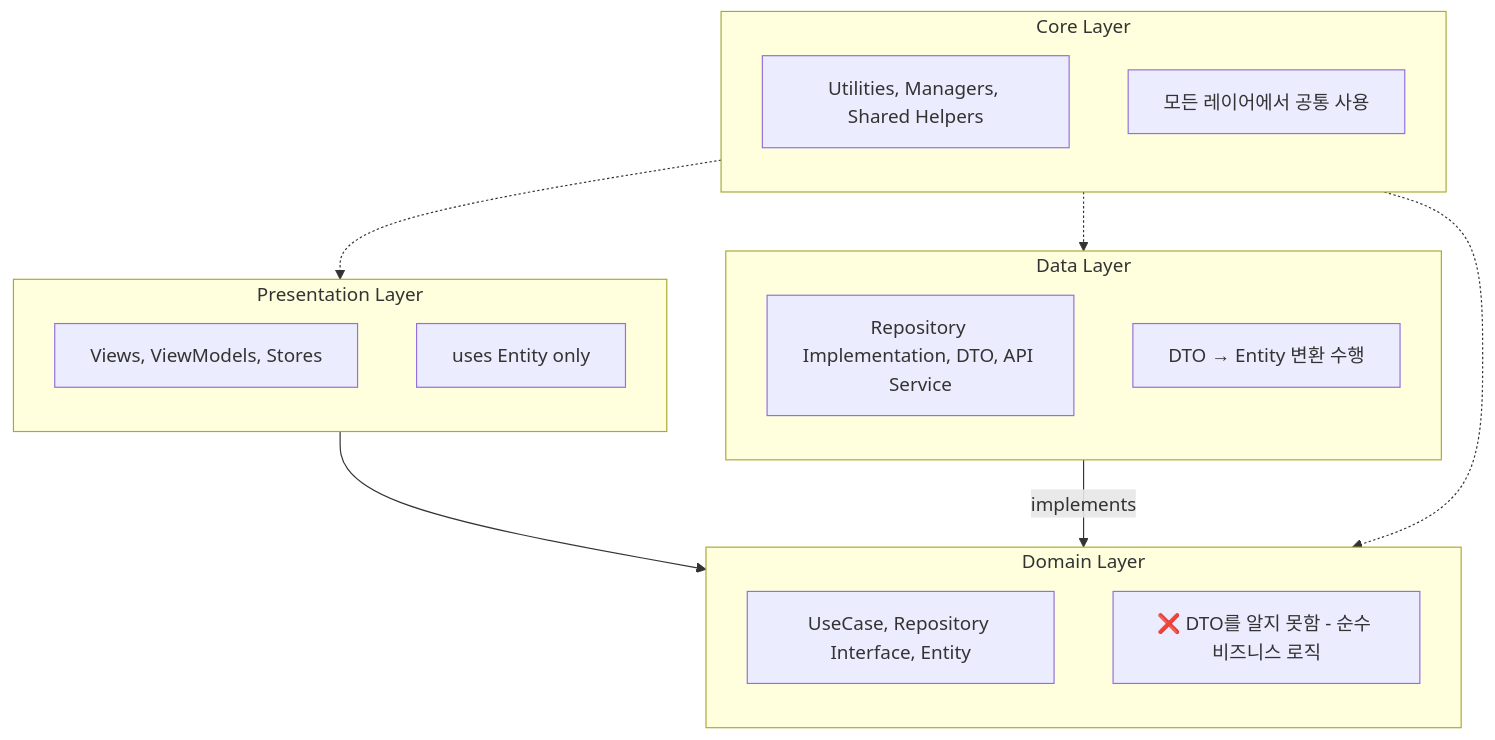
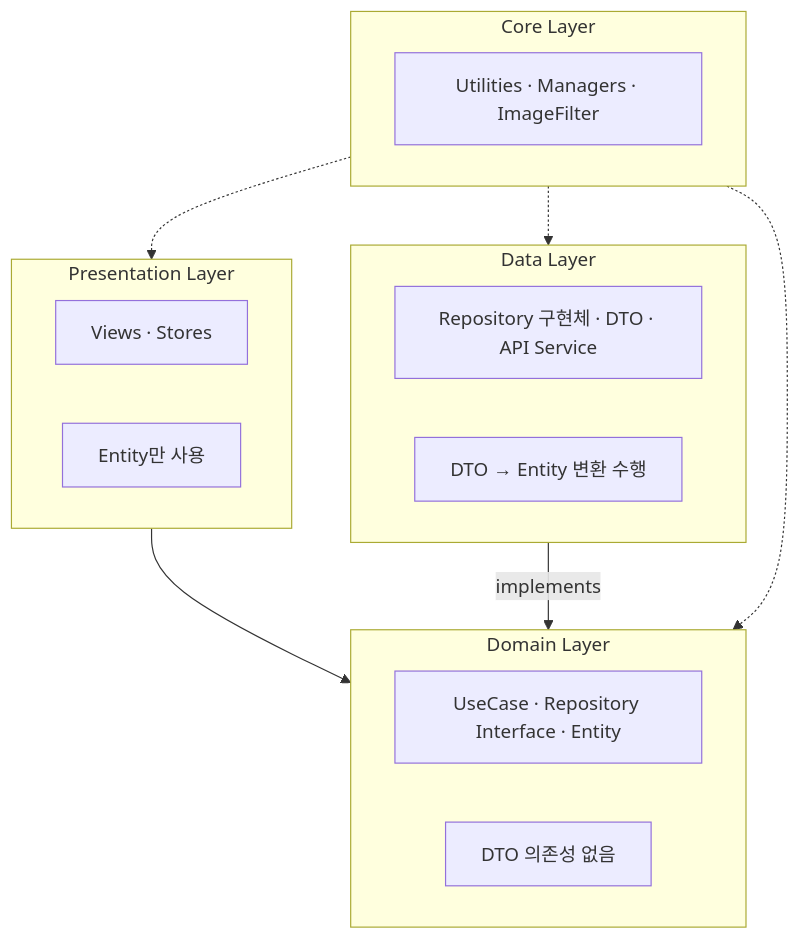
The first of 3 diagrams in README.md (ParkSY0919/GLINT-iOS), drawn with Mermaid before and after one commit. The commit also changed other lines of this file, not shown here.

````diff
--- a/README.md
+++ b/README.md
@@ -72,32 +44,27 @@
 ```mermaid
 flowchart TB
     subgraph Presentation["Presentation Layer"]
-        direction TB
-        P1["Views, ViewModels, Stores"]
-        P2["uses Entity only"]
+        P1["Views · Stores"]
+        P2["Entity만 사용"]
     end
 
     subgraph Domain["Domain Layer"]
-        direction TB
-        D1["UseCase, Repository Interface, Entity"]
-        D2["❌ DTO를 알지 못함 - 순수 비즈니스 로직"]
+        D1["UseCase · Repository Interface · Entity"]
+        D2["DTO 의존성 없음"]
     end
 
     subgraph Data["Data Layer"]
-        direction TB
-        DA1["Repository Implementation, DTO, API Service"]
+        DA1["Repository 구현체 · DTO · API Service"]
         DA2["DTO → Entity 변환 수행"]
     end
 
     subgraph Core["Core Layer"]
-        direction TB
-        C1["Utilities, Managers, Shared Helpers"]
-        C2["모든 레이어에서 공통 사용"]
+        C1["Utilities · Managers · ImageFilter"]
     end
 
     Presentation --> Domain
     Data -->|implements| Domain
     Core -.-> Presentation
     Core -.-> Domain
     Core -.-> Data
 ```
````
